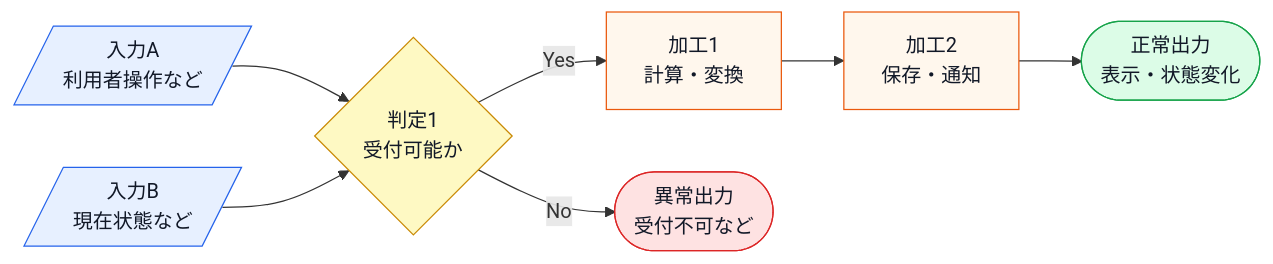
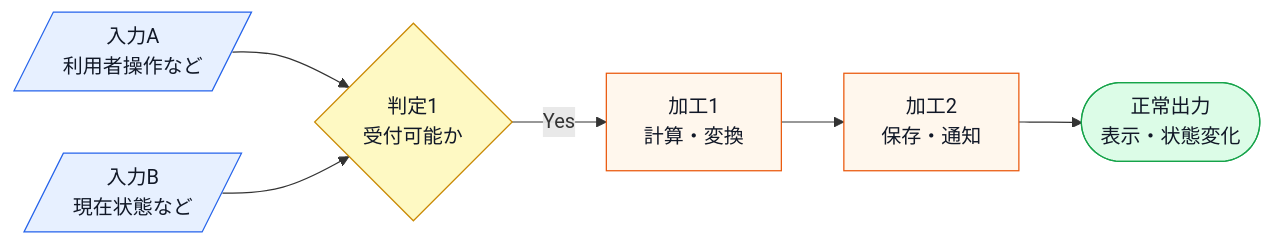
The first of 2 diagrams in kindle/design-patterns/templates/chapter-template.md (kumachan1101-pixel/DesignPattern), drawn with Mermaid before and after one commit. The commit also changed other lines of this file and 6 other files, not shown here.

````diff
--- a/kindle/design-patterns/templates/chapter-template.md
+++ b/kindle/design-patterns/templates/chapter-template.md
@@ -201,15 +201,13 @@
 ```mermaid
 flowchart LR
     A[/入力A<br>利用者操作など/]:::input --> B{判定1<br>受付可能か}:::decision
     C[/入力B<br>現在状態など/]:::input --> B
     B -->|Yes| D[加工1<br>計算・変換]:::process
     D --> E[加工2<br>保存・通知]:::process
     E --> F([正常出力<br>表示・状態変化]):::normal
-    B -->|No| G([異常出力<br>受付不可など]):::error
 
     classDef input fill:#e7f0ff,stroke:#2563eb,color:#111827;
     classDef process fill:#fff7ed,stroke:#ea580c,color:#111827;
     classDef decision fill:#fef9c3,stroke:#ca8a04,color:#111827;
     classDef normal fill:#dcfce7,stroke:#16a34a,color:#111827;
-    classDef error fill:#fee2e2,stroke:#dc2626,color:#111827;
 ```
````
